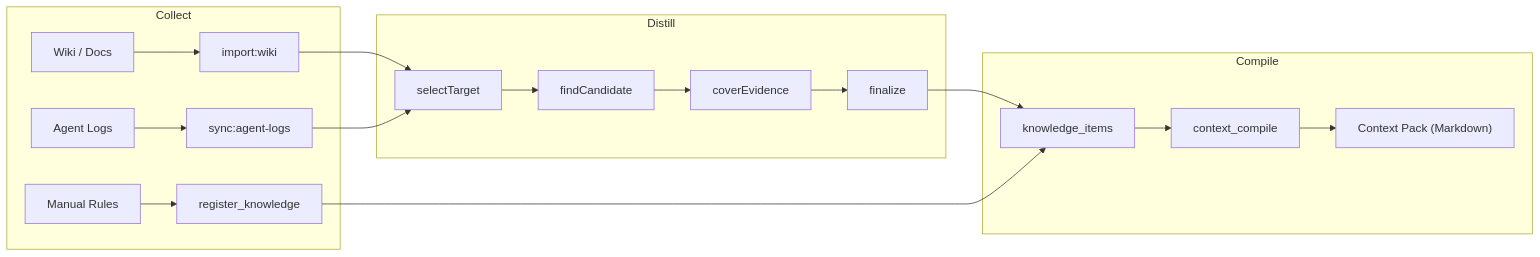
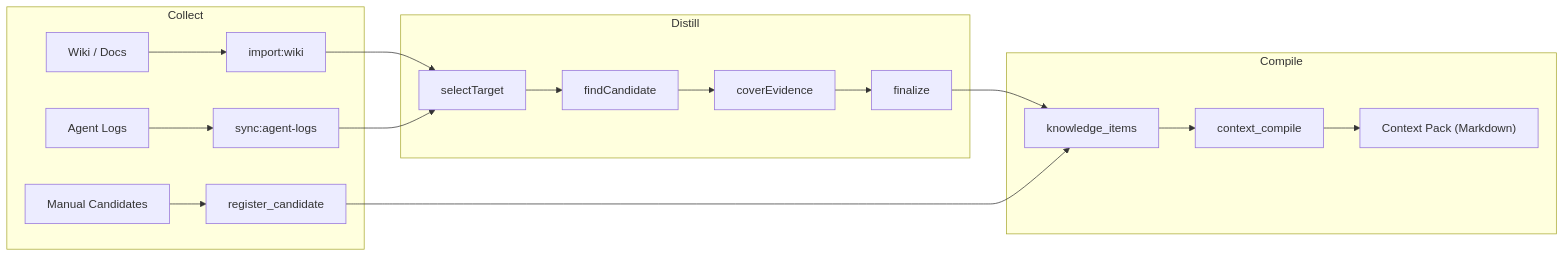
One commit to ugnoguchigxp/contextStill changed the second of 5 diagrams in docs/project-evaluation.md. Above: the diagram before and after it, drawn with Mermaid. The commit also changed 176 other files, not shown here.

````diff
--- a/docs/project-evaluation.md
+++ b/docs/project-evaluation.md
@@ -63,21 +63,21 @@
 ```mermaid
 flowchart LR
     subgraph Collect
         A[Wiki / Docs] --> B[import:wiki]
         C[Agent Logs] --> D[sync:agent-logs]
-        E[Manual Rules] --> F[register_knowledge]
+        E[Manual Candidates] --> F[register_candidate]
     end
     subgraph Distill
         B --> G[selectTarget]
         D --> G
         G --> H[findCandidate]
         H --> I[coverEvidence]
         I --> J[finalize]
     end
     subgraph Compile
         J --> K[knowledge_items]
         F --> K
         K --> L[context_compile]
         L --> M["Context Pack (Markdown)"]
     end
 ```
````
